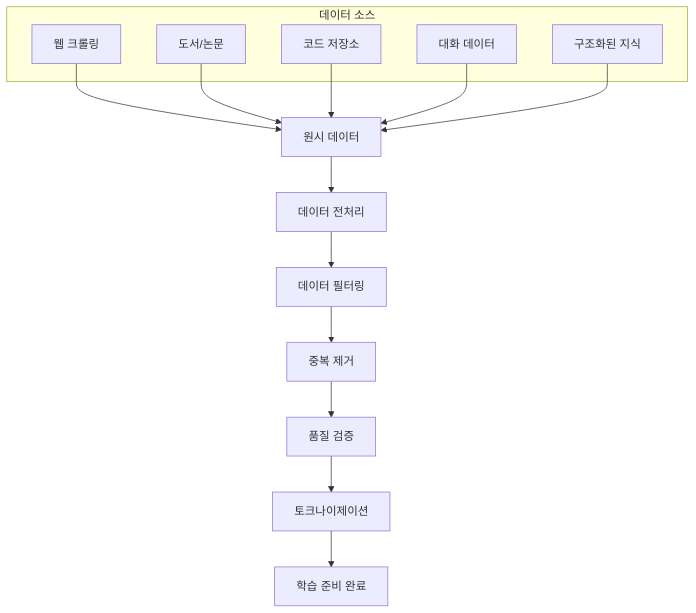
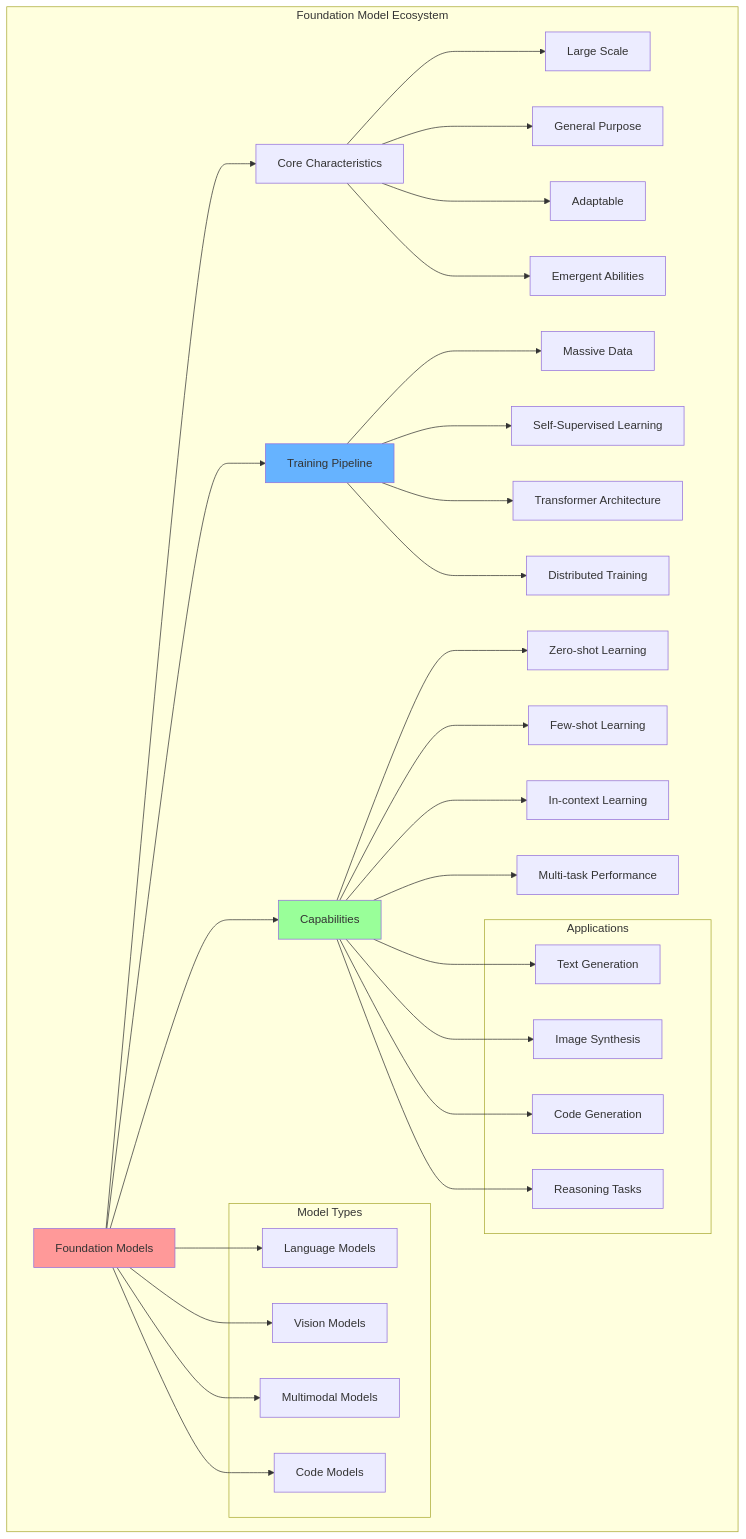
The first of 2 diagrams in _posts/2024-07-15-foundation-models-data-and-architecture.md (leeyonghe/ai-blog), drawn with Mermaid before and after one commit. The commit also changed other lines of this file and 12 other files, not shown here.

````diff
--- a/_posts/2024-07-15-foundation-models-data-and-architecture.md
+++ b/_posts/2024-07-15-foundation-models-data-and-architecture.md
@@ -38,23 +17,51 @@
-```mermaid
-graph TD
-    A[원시 데이터] --> B[데이터 전처리]
-    B --> C[데이터 필터링]
-    C --> D[중복 제거]
-    D --> E[품질 검증]
-    E --> F[토크나이제이션]
-    F --> G[학습 준비 완료]
-    
-    subgraph "데이터 소스"
-        H[웹 크롤링]
-        I[도서/논문]
-        J[코드 저장소]
-        K[대화 데이터]
-        L[구조화된 지식]
+<div class="mermaid">
+graph TB
+    subgraph "Foundation Model Ecosystem"
+        A[Foundation Models] --> B[Core Characteristics]
+        A --> C[Training Pipeline]
+        A --> D[Capabilities]
+        
+        B --> B1[Large Scale]
+        B --> B2[General Purpose]
+        B --> B3[Adaptable]
+        B --> B4[Emergent Abilities]
+        
+        C --> C1[Massive Data]
+        C --> C2[Self-Supervised Learning]
+        C --> C3[Transformer Architecture]
+        C --> C4[Distributed Training]
+        
+        D --> D1[Zero-shot Learning]
+        D --> D2[Few-shot Learning]
+        D --> D3[In-context Learning]
+        D --> D4[Multi-task Performance]
+        
+        subgraph "Model Types"
+            E[Language Models]
+            F[Vision Models]
+            G[Multimodal Models]
+            H[Code Models]
+        end
+        
+        A --> E
+        A --> F
+        A --> G
+        A --> H
+        
+        subgraph "Applications"
+            I[Text Generation]
+            J[Image Synthesis]
+            K[Code Generation]
+            L[Reasoning Tasks]
+        end
+        
+        D --> I
+        D --> J
+        D --> K
+        D --> L
     end
     
-    H --> A
-    I --> A
-    J --> A
-    K --> A
-    L --> A
-```
+    style A fill:#ff9999
+    style C fill:#66b3ff
+    style D fill:#99ff99
+</div>
````
